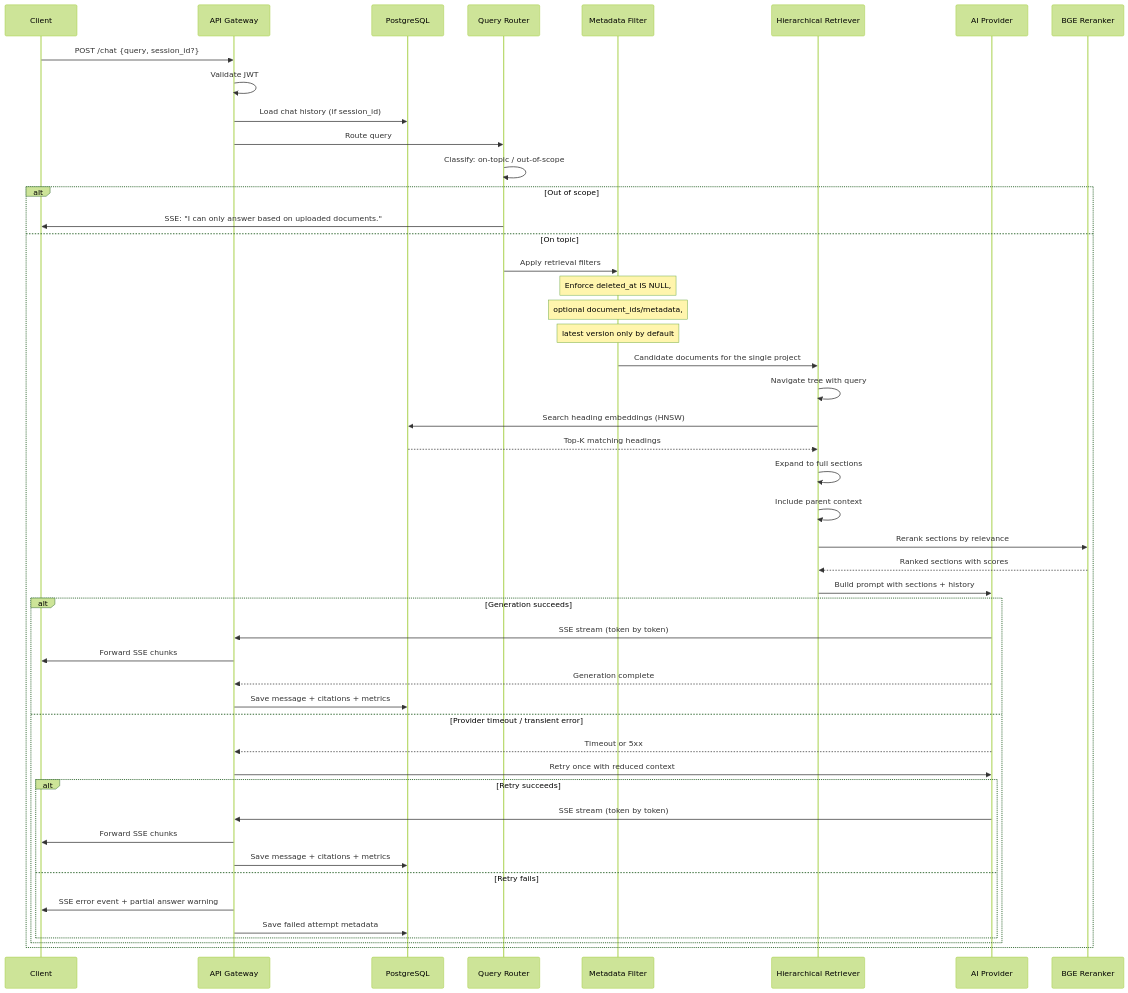
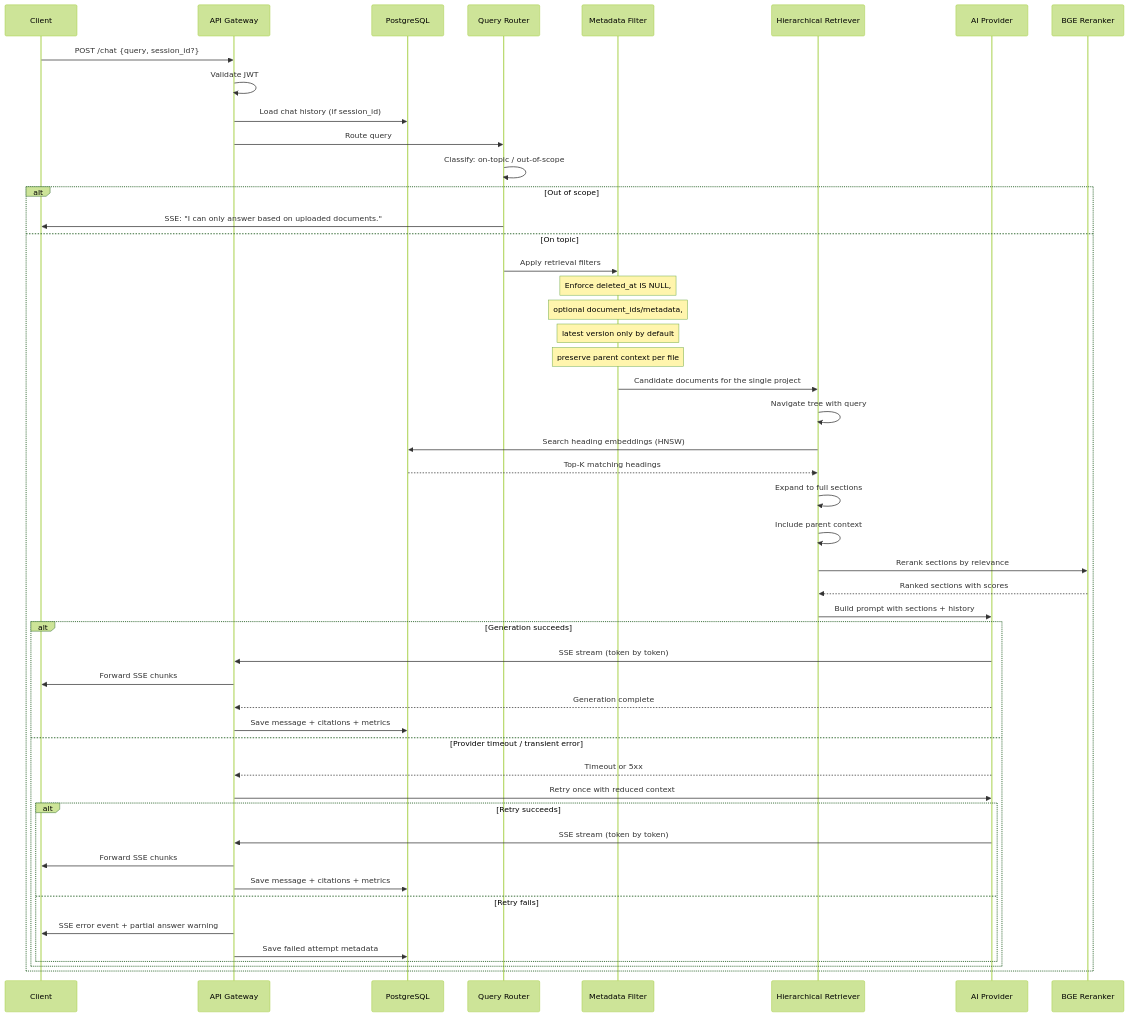
One commit to qtuanph/chatbot-rag changed the second of 4 diagrams in docs/03_CORE_WORKFLOWS.md. Above: the diagram before and after it, drawn with Mermaid (forest theme). The commit also changed other lines of this file and 24 other files, not shown here.

````diff
--- a/docs/03_CORE_WORKFLOWS.md
+++ b/docs/03_CORE_WORKFLOWS.md
@@ -52,58 +52,59 @@
 ```mermaid
 sequenceDiagram
     participant C as Client
     participant API as API Gateway
     participant DB as PostgreSQL
     participant Router as Query Router
     participant Filter as Metadata Filter
     participant Retriever as Hierarchical Retriever
     participant AI as AI Provider
     participant Rerank as BGE Reranker
 
     C->>API: POST /chat {query, session_id?}
     API->>API: Validate JWT
     API->>DB: Load chat history (if session_id)
     
     API->>Router: Route query
     Router->>Router: Classify: on-topic / out-of-scope
     
     alt Out of scope
         Router->>C: SSE: "I can only answer based on uploaded documents."
     else On topic
         Router->>Filter: Apply retrieval filters
         Note over Filter: Enforce deleted_at IS NULL,
         Note over Filter: optional document_ids/metadata,
         Note over Filter: latest version only by default
+        Note over Filter: preserve parent context per file
         Filter->>Retriever: Candidate documents for the single project
         Retriever->>Retriever: Navigate tree with query
         
         Retriever->>DB: Search heading embeddings (HNSW)
         DB-->>Retriever: Top-K matching headings
         
         Retriever->>Retriever: Expand to full sections
         Retriever->>Retriever: Include parent context
         
         Retriever->>Rerank: Rerank sections by relevance
         Rerank-->>Retriever: Ranked sections with scores
         
         Retriever->>AI: Build prompt with sections + history
 
         alt Generation succeeds
             AI->>API: SSE stream (token by token)
             API->>C: Forward SSE chunks
             AI-->>API: Generation complete
             API->>DB: Save message + citations + metrics
         else Provider timeout / transient error
             AI-->>API: Timeout or 5xx
             API->>AI: Retry once with reduced context
             alt Retry succeeds
                 AI->>API: SSE stream (token by token)
                 API->>C: Forward SSE chunks
                 API->>DB: Save message + citations + metrics
             else Retry fails
                 API->>C: SSE error event + partial answer warning
                 API->>DB: Save failed attempt metadata
             end
         end
     end
 ```
````
